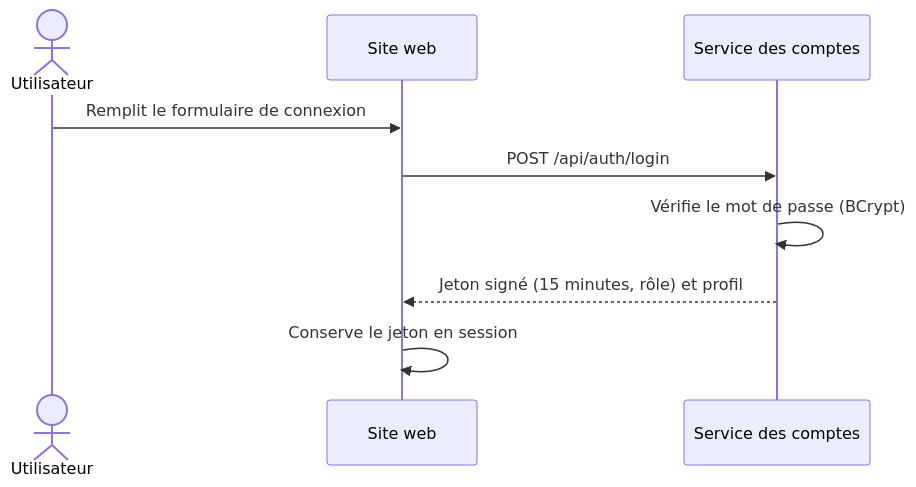
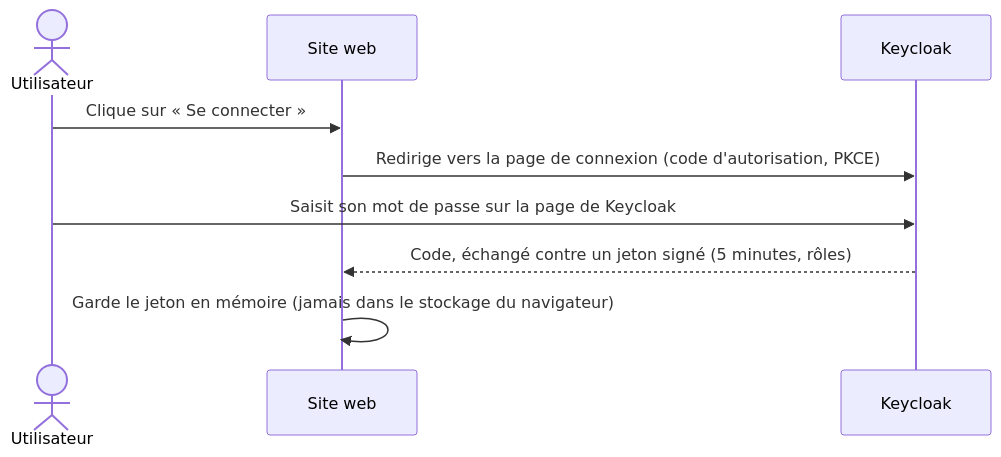
The third of 7 diagrams in docs/architecture.md (WALAAHAJJ/collector-indiv), drawn with Mermaid before and after one commit. The commit also changed other lines of this file and 5 other files, not shown here.

Commit message:
docs: authentification par Keycloak (README, sécurité, architecture, outils, tests)

````diff
--- a/docs/architecture.md
+++ b/docs/architecture.md
@@ -64,11 +64,11 @@
 ```mermaid
 sequenceDiagram
     actor U as Utilisateur
     participant S as Site web
-    participant C as Service des comptes
-    U->>S: Remplit le formulaire de connexion
-    S->>C: POST /api/auth/login
-    C->>C: Vérifie le mot de passe (BCrypt)
-    C-->>S: Jeton signé (15 minutes, rôle) et profil
-    S->>S: Conserve le jeton en session
+    participant C as Keycloak
+    U->>S: Clique sur « Se connecter »
+    S->>C: Redirige vers la page de connexion (code d'autorisation, PKCE)
+    U->>C: Saisit son mot de passe sur la page de Keycloak
+    C-->>S: Code, échangé contre un jeton signé (5 minutes, rôles)
+    S->>S: Garde le jeton en mémoire (jamais dans le stockage du navigateur)
 ```
````
